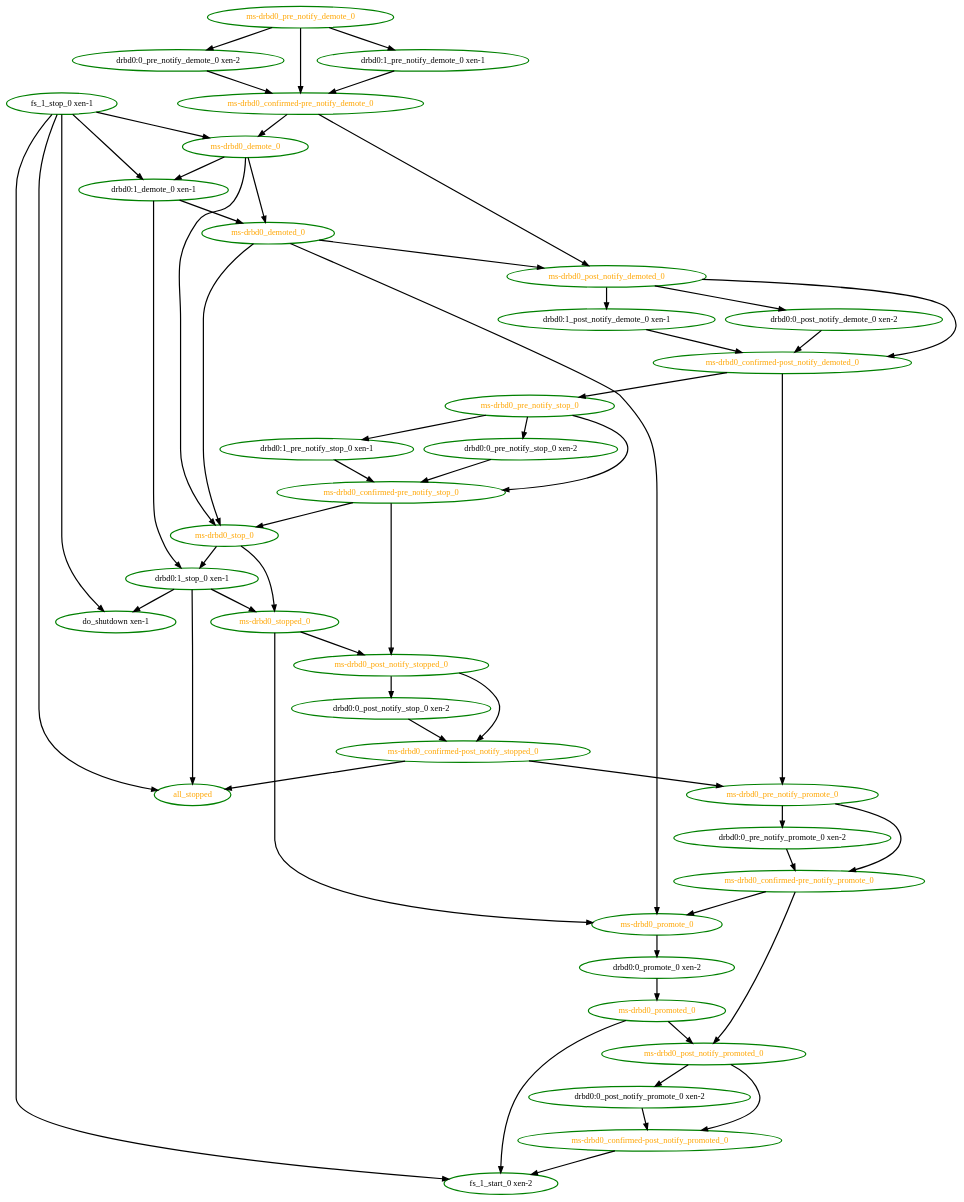
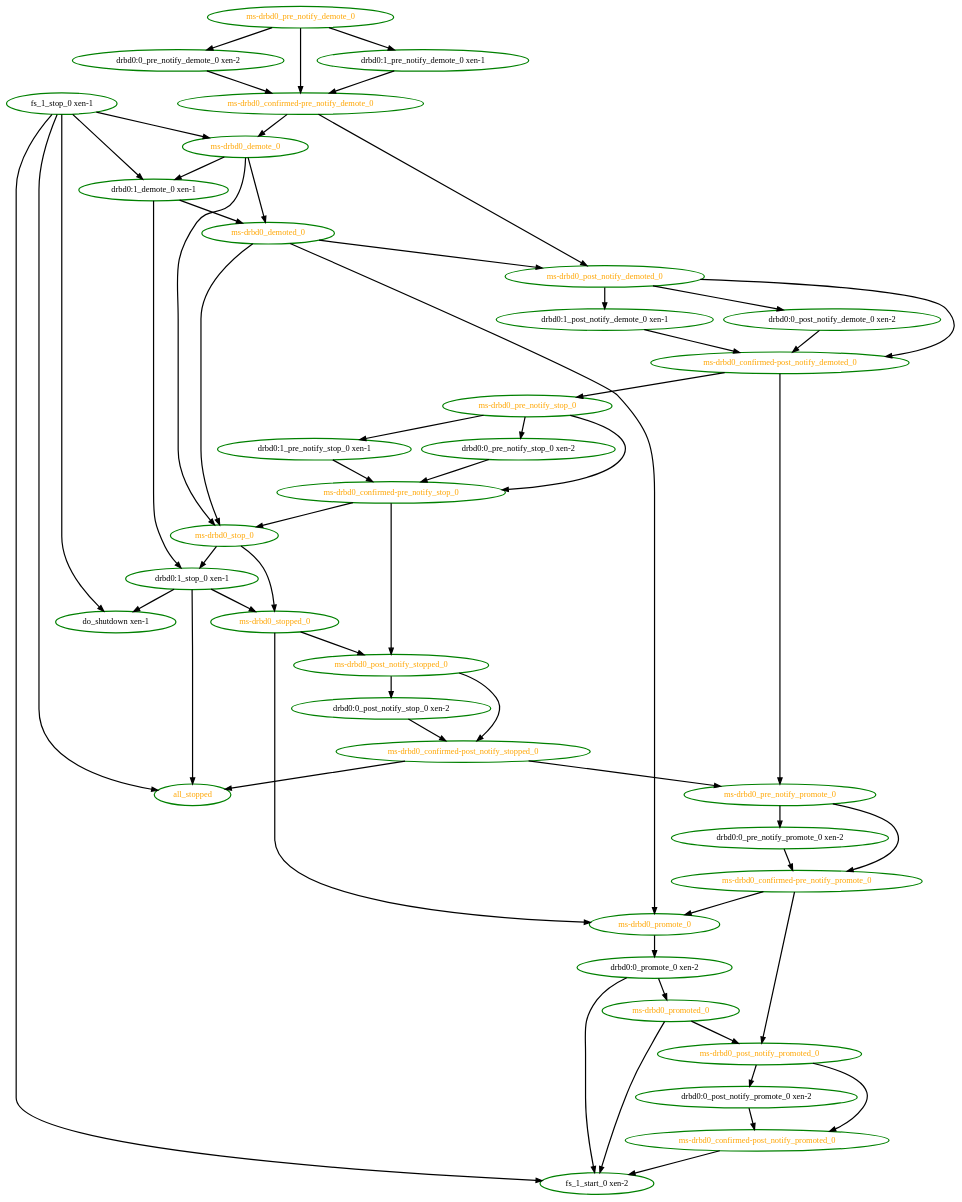
The diagram in pengine/test10/novell-239082.dot (linux-ha-japan/pm_diskd), drawn with Graphviz before and after one commit. The commit also changed 13 other files, not shown here.

```diff
--- a/pengine/test10/novell-239082.dot
+++ b/pengine/test10/novell-239082.dot
@@ -1,95 +1,96 @@
  digraph "g" {
 "all_stopped" [ style=bold color="green" fontcolor="orange"  ]
 "do_shutdown xen-1" [ style=bold color="green" fontcolor="black"  ]
 "drbd0:0_post_notify_demote_0 xen-2" -> "ms-drbd0_confirmed-post_notify_demoted_0" [ style = bold]
 "drbd0:0_post_notify_demote_0 xen-2" [ style=bold color="green" fontcolor="black"  ]
 "drbd0:0_post_notify_promote_0 xen-2" -> "ms-drbd0_confirmed-post_notify_promoted_0" [ style = bold]
 "drbd0:0_post_notify_promote_0 xen-2" [ style=bold color="green" fontcolor="black"  ]
 "drbd0:0_post_notify_stop_0 xen-2" -> "ms-drbd0_confirmed-post_notify_stopped_0" [ style = bold]
 "drbd0:0_post_notify_stop_0 xen-2" [ style=bold color="green" fontcolor="black"  ]
 "drbd0:0_pre_notify_demote_0 xen-2" -> "ms-drbd0_confirmed-pre_notify_demote_0" [ style = bold]
 "drbd0:0_pre_notify_demote_0 xen-2" [ style=bold color="green" fontcolor="black"  ]
 "drbd0:0_pre_notify_promote_0 xen-2" -> "ms-drbd0_confirmed-pre_notify_promote_0" [ style = bold]
 "drbd0:0_pre_notify_promote_0 xen-2" [ style=bold color="green" fontcolor="black"  ]
 "drbd0:0_pre_notify_stop_0 xen-2" -> "ms-drbd0_confirmed-pre_notify_stop_0" [ style = bold]
 "drbd0:0_pre_notify_stop_0 xen-2" [ style=bold color="green" fontcolor="black"  ]
+"drbd0:0_promote_0 xen-2" -> "fs_1_start_0 xen-2" [ style = bold]
 "drbd0:0_promote_0 xen-2" -> "ms-drbd0_promoted_0" [ style = bold]
 "drbd0:0_promote_0 xen-2" [ style=bold color="green" fontcolor="black"  ]
 "drbd0:1_demote_0 xen-1" -> "drbd0:1_stop_0 xen-1" [ style = bold]
 "drbd0:1_demote_0 xen-1" -> "ms-drbd0_demoted_0" [ style = bold]
 "drbd0:1_demote_0 xen-1" [ style=bold color="green" fontcolor="black"  ]
 "drbd0:1_post_notify_demote_0 xen-1" -> "ms-drbd0_confirmed-post_notify_demoted_0" [ style = bold]
 "drbd0:1_post_notify_demote_0 xen-1" [ style=bold color="green" fontcolor="black"  ]
 "drbd0:1_pre_notify_demote_0 xen-1" -> "ms-drbd0_confirmed-pre_notify_demote_0" [ style = bold]
 "drbd0:1_pre_notify_demote_0 xen-1" [ style=bold color="green" fontcolor="black"  ]
 "drbd0:1_pre_notify_stop_0 xen-1" -> "ms-drbd0_confirmed-pre_notify_stop_0" [ style = bold]
 "drbd0:1_pre_notify_stop_0 xen-1" [ style=bold color="green" fontcolor="black"  ]
 "drbd0:1_stop_0 xen-1" -> "all_stopped" [ style = bold]
 "drbd0:1_stop_0 xen-1" -> "do_shutdown xen-1" [ style = bold]
 "drbd0:1_stop_0 xen-1" -> "ms-drbd0_stopped_0" [ style = bold]
 "drbd0:1_stop_0 xen-1" [ style=bold color="green" fontcolor="black"  ]
 "fs_1_start_0 xen-2" [ style=bold color="green" fontcolor="black"  ]
 "fs_1_stop_0 xen-1" -> "all_stopped" [ style = bold]
 "fs_1_stop_0 xen-1" -> "do_shutdown xen-1" [ style = bold]
 "fs_1_stop_0 xen-1" -> "drbd0:1_demote_0 xen-1" [ style = bold]
 "fs_1_stop_0 xen-1" -> "fs_1_start_0 xen-2" [ style = bold]
 "fs_1_stop_0 xen-1" -> "ms-drbd0_demote_0" [ style = bold]
 "fs_1_stop_0 xen-1" [ style=bold color="green" fontcolor="black"  ]
 "ms-drbd0_confirmed-post_notify_demoted_0" -> "ms-drbd0_pre_notify_promote_0" [ style = bold]
 "ms-drbd0_confirmed-post_notify_demoted_0" -> "ms-drbd0_pre_notify_stop_0" [ style = bold]
 "ms-drbd0_confirmed-post_notify_demoted_0" [ style=bold color="green" fontcolor="orange"  ]
 "ms-drbd0_confirmed-post_notify_promoted_0" -> "fs_1_start_0 xen-2" [ style = bold]
 "ms-drbd0_confirmed-post_notify_promoted_0" [ style=bold color="green" fontcolor="orange"  ]
 "ms-drbd0_confirmed-post_notify_stopped_0" -> "all_stopped" [ style = bold]
 "ms-drbd0_confirmed-post_notify_stopped_0" -> "ms-drbd0_pre_notify_promote_0" [ style = bold]
 "ms-drbd0_confirmed-post_notify_stopped_0" [ style=bold color="green" fontcolor="orange"  ]
 "ms-drbd0_confirmed-pre_notify_demote_0" -> "ms-drbd0_demote_0" [ style = bold]
 "ms-drbd0_confirmed-pre_notify_demote_0" -> "ms-drbd0_post_notify_demoted_0" [ style = bold]
 "ms-drbd0_confirmed-pre_notify_demote_0" [ style=bold color="green" fontcolor="orange"  ]
 "ms-drbd0_confirmed-pre_notify_promote_0" -> "ms-drbd0_post_notify_promoted_0" [ style = bold]
 "ms-drbd0_confirmed-pre_notify_promote_0" -> "ms-drbd0_promote_0" [ style = bold]
 "ms-drbd0_confirmed-pre_notify_promote_0" [ style=bold color="green" fontcolor="orange"  ]
 "ms-drbd0_confirmed-pre_notify_stop_0" -> "ms-drbd0_post_notify_stopped_0" [ style = bold]
 "ms-drbd0_confirmed-pre_notify_stop_0" -> "ms-drbd0_stop_0" [ style = bold]
 "ms-drbd0_confirmed-pre_notify_stop_0" [ style=bold color="green" fontcolor="orange"  ]
 "ms-drbd0_demote_0" -> "drbd0:1_demote_0 xen-1" [ style = bold]
 "ms-drbd0_demote_0" -> "ms-drbd0_demoted_0" [ style = bold]
 "ms-drbd0_demote_0" -> "ms-drbd0_stop_0" [ style = bold]
 "ms-drbd0_demote_0" [ style=bold color="green" fontcolor="orange"  ]
 "ms-drbd0_demoted_0" -> "ms-drbd0_post_notify_demoted_0" [ style = bold]
 "ms-drbd0_demoted_0" -> "ms-drbd0_promote_0" [ style = bold]
 "ms-drbd0_demoted_0" -> "ms-drbd0_stop_0" [ style = bold]
 "ms-drbd0_demoted_0" [ style=bold color="green" fontcolor="orange"  ]
 "ms-drbd0_post_notify_demoted_0" -> "drbd0:0_post_notify_demote_0 xen-2" [ style = bold]
 "ms-drbd0_post_notify_demoted_0" -> "drbd0:1_post_notify_demote_0 xen-1" [ style = bold]
 "ms-drbd0_post_notify_demoted_0" -> "ms-drbd0_confirmed-post_notify_demoted_0" [ style = bold]
 "ms-drbd0_post_notify_demoted_0" [ style=bold color="green" fontcolor="orange"  ]
 "ms-drbd0_post_notify_promoted_0" -> "drbd0:0_post_notify_promote_0 xen-2" [ style = bold]
 "ms-drbd0_post_notify_promoted_0" -> "ms-drbd0_confirmed-post_notify_promoted_0" [ style = bold]
 "ms-drbd0_post_notify_promoted_0" [ style=bold color="green" fontcolor="orange"  ]
 "ms-drbd0_post_notify_stopped_0" -> "drbd0:0_post_notify_stop_0 xen-2" [ style = bold]
 "ms-drbd0_post_notify_stopped_0" -> "ms-drbd0_confirmed-post_notify_stopped_0" [ style = bold]
 "ms-drbd0_post_notify_stopped_0" [ style=bold color="green" fontcolor="orange"  ]
 "ms-drbd0_pre_notify_demote_0" -> "drbd0:0_pre_notify_demote_0 xen-2" [ style = bold]
 "ms-drbd0_pre_notify_demote_0" -> "drbd0:1_pre_notify_demote_0 xen-1" [ style = bold]
 "ms-drbd0_pre_notify_demote_0" -> "ms-drbd0_confirmed-pre_notify_demote_0" [ style = bold]
 "ms-drbd0_pre_notify_demote_0" [ style=bold color="green" fontcolor="orange"  ]
 "ms-drbd0_pre_notify_promote_0" -> "drbd0:0_pre_notify_promote_0 xen-2" [ style = bold]
 "ms-drbd0_pre_notify_promote_0" -> "ms-drbd0_confirmed-pre_notify_promote_0" [ style = bold]
 "ms-drbd0_pre_notify_promote_0" [ style=bold color="green" fontcolor="orange"  ]
 "ms-drbd0_pre_notify_stop_0" -> "drbd0:0_pre_notify_stop_0 xen-2" [ style = bold]
 "ms-drbd0_pre_notify_stop_0" -> "drbd0:1_pre_notify_stop_0 xen-1" [ style = bold]
 "ms-drbd0_pre_notify_stop_0" -> "ms-drbd0_confirmed-pre_notify_stop_0" [ style = bold]
 "ms-drbd0_pre_notify_stop_0" [ style=bold color="green" fontcolor="orange"  ]
 "ms-drbd0_promote_0" -> "drbd0:0_promote_0 xen-2" [ style = bold]
 "ms-drbd0_promote_0" [ style=bold color="green" fontcolor="orange"  ]
 "ms-drbd0_promoted_0" -> "fs_1_start_0 xen-2" [ style = bold]
 "ms-drbd0_promoted_0" -> "ms-drbd0_post_notify_promoted_0" [ style = bold]
 "ms-drbd0_promoted_0" [ style=bold color="green" fontcolor="orange"  ]
 "ms-drbd0_stop_0" -> "drbd0:1_stop_0 xen-1" [ style = bold]
 "ms-drbd0_stop_0" -> "ms-drbd0_stopped_0" [ style = bold]
 "ms-drbd0_stop_0" [ style=bold color="green" fontcolor="orange"  ]
 "ms-drbd0_stopped_0" -> "ms-drbd0_post_notify_stopped_0" [ style = bold]
 "ms-drbd0_stopped_0" -> "ms-drbd0_promote_0" [ style = bold]
 "ms-drbd0_stopped_0" [ style=bold color="green" fontcolor="orange"  ]
 }
```
